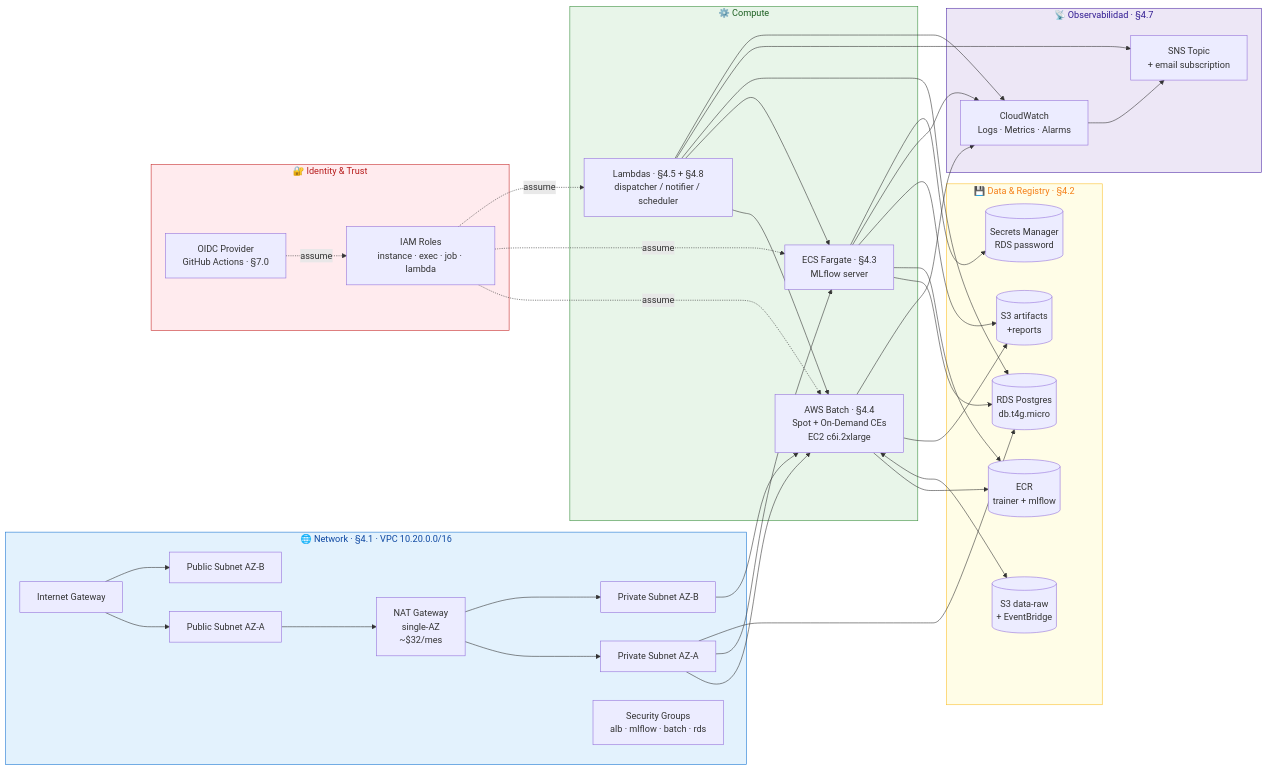
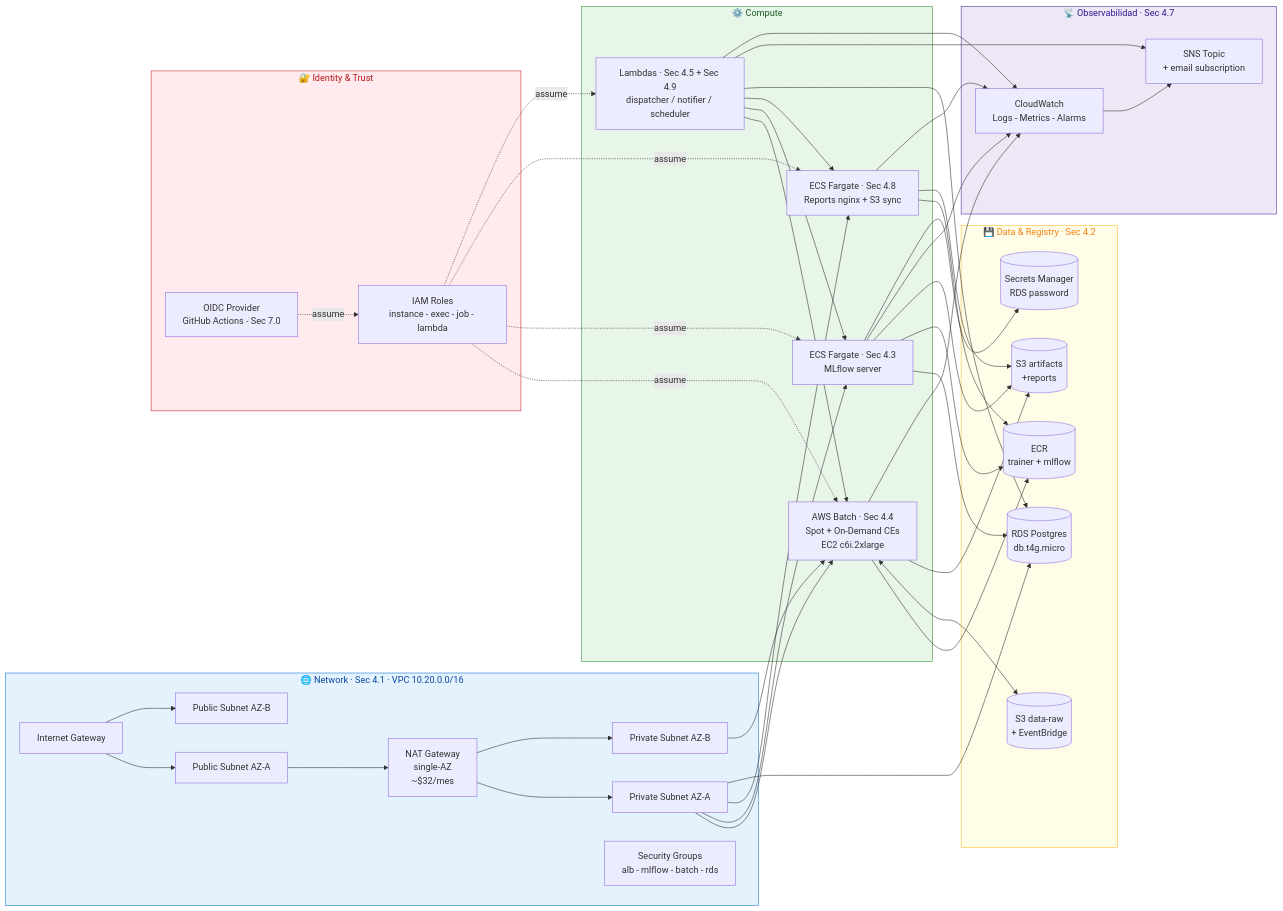
The third of 4 diagrams in GUIA_MLOPS_AWS.md (abantodca/ml_training), drawn with Mermaid before and after one commit. The commit also changed other lines of this file and 1 other file, not shown here.

````diff
--- a/GUIA_MLOPS_AWS.md
+++ b/GUIA_MLOPS_AWS.md
@@ -452,22 +514,23 @@
 ```mermaid
 flowchart LR
-    subgraph net ["🌐 Network · §4.1 · VPC 10.20.0.0/16"]
+    subgraph net ["🌐 Network · Sec 4.1 · VPC 10.20.0.0/16"]
         igw[Internet Gateway]
         nat["NAT Gateway<br/>single-AZ<br/>~$32/mes"]
         pubA[Public Subnet AZ-A]
         pubB[Public Subnet AZ-B]
         prvA[Private Subnet AZ-A]
         prvB[Private Subnet AZ-B]
-        sgs[Security Groups<br/>alb · mlflow · batch · rds]
+        sgs["Security Groups<br/>alb - mlflow - batch - rds"]
     end
 
     subgraph compute ["⚙️ Compute"]
-        batch["AWS Batch · §4.4<br/>Spot + On-Demand CEs<br/>EC2 c6i.2xlarge"]
-        ecs["ECS Fargate · §4.3<br/>MLflow server"]
-        lambdas["Lambdas · §4.5 + §4.8<br/>dispatcher / notifier / scheduler"]
+        batch["AWS Batch · Sec 4.4<br/>Spot + On-Demand CEs<br/>EC2 c6i.2xlarge"]
+        ecs_mlflow["ECS Fargate · Sec 4.3<br/>MLflow server"]
+        ecs_reports["ECS Fargate · Sec 4.8<br/>Reports nginx + S3 sync"]
+        lambdas["Lambdas · Sec 4.5 + Sec 4.9<br/>dispatcher / notifier / scheduler"]
     end
 
-    subgraph data ["💾 Data & Registry · §4.2"]
+    subgraph data ["💾 Data & Registry · Sec 4.2"]
         rds[("RDS Postgres<br/>db.t4g.micro")]
         s3data[("S3 data-raw<br/>+ EventBridge")]
         s3art[("S3 artifacts<br/>+reports")]
@@ -475,14 +538,14 @@
         sm[("Secrets Manager<br/>RDS password")]
     end
 
-    subgraph obs ["📡 Observabilidad · §4.7"]
-        cw[CloudWatch<br/>Logs · Metrics · Alarms]
+    subgraph obs ["📡 Observabilidad · Sec 4.7"]
+        cw["CloudWatch<br/>Logs - Metrics - Alarms"]
         sns[SNS Topic<br/>+ email subscription]
     end
 
     subgraph trust ["🔐 Identity & Trust"]
-        iam[IAM Roles<br/>instance · exec · job · lambda]
-        oidc[OIDC Provider<br/>GitHub Actions · §7.0]
+        iam["IAM Roles<br/>instance - exec - job - lambda"]
+        oidc["OIDC Provider<br/>GitHub Actions - Sec 7.0"]
     end
 
     igw --> pubA
@@ -492,25 +555,31 @@
     nat --> prvB
     prvA --> batch
     prvB --> batch
-    prvA --> ecs
+    prvA --> ecs_mlflow
+    prvA --> ecs_reports
     prvA --> rds
-    ecs --> rds
+    ecs_mlflow --> rds
     batch --> ecr
-    ecs --> ecr
+    ecs_mlflow --> ecr
+    ecs_reports --> ecr
     batch <--> s3data
     batch --> s3art
-    ecs --> s3art
+    ecs_mlflow --> s3art
+    ecs_reports --> s3art
     lambdas --> batch
-    lambdas --> ecs
+    lambdas --> ecs_mlflow
+    lambdas --> ecs_reports
     lambdas --> rds
     lambdas --> sns
     batch --> cw
-    ecs --> cw
+    ecs_mlflow --> cw
+    ecs_reports --> cw
     lambdas --> cw
     cw --> sns
-    ecs --> sm
+    ecs_mlflow --> sm
     iam -.assume.-> batch
-    iam -.assume.-> ecs
+    iam -.assume.-> ecs_mlflow
+    iam -.assume.-> ecs_reports
     iam -.assume.-> lambdas
     oidc -.assume.-> iam
 
````
